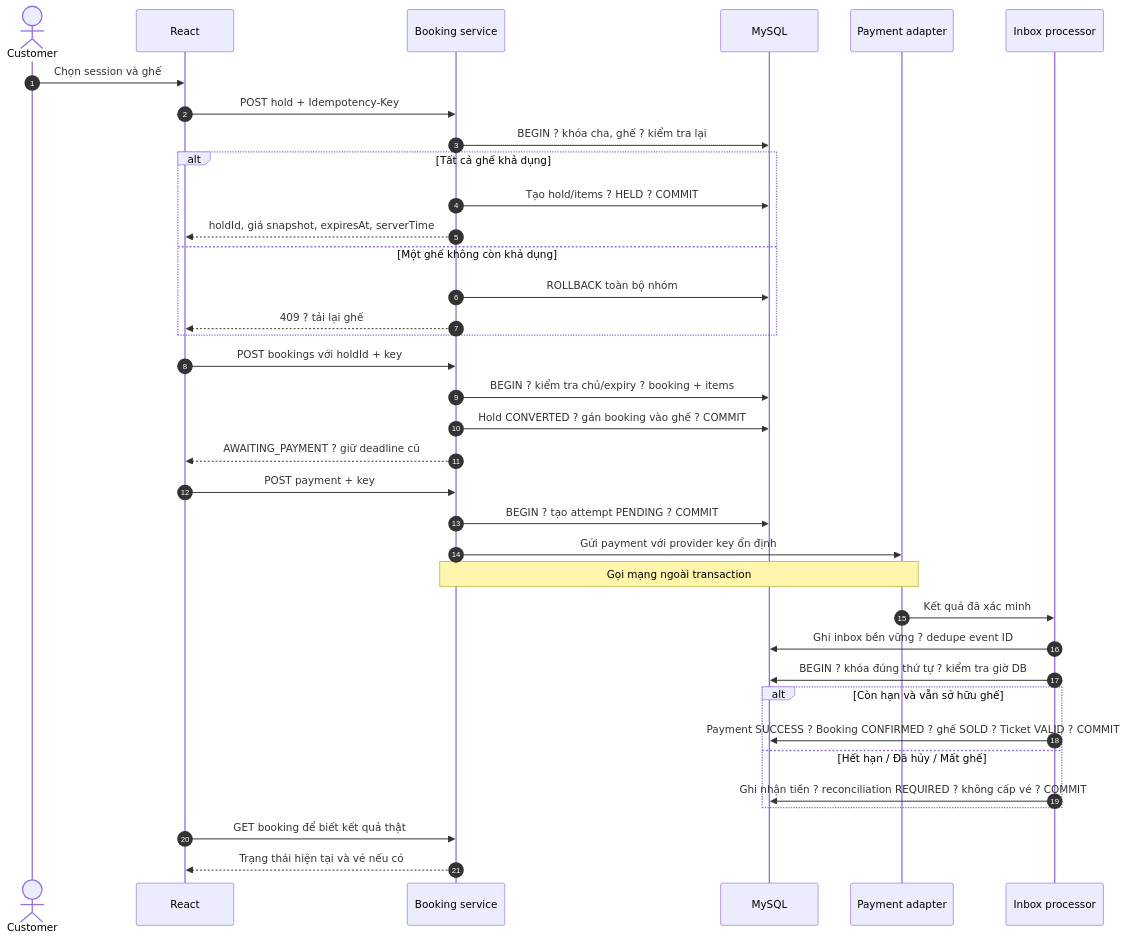
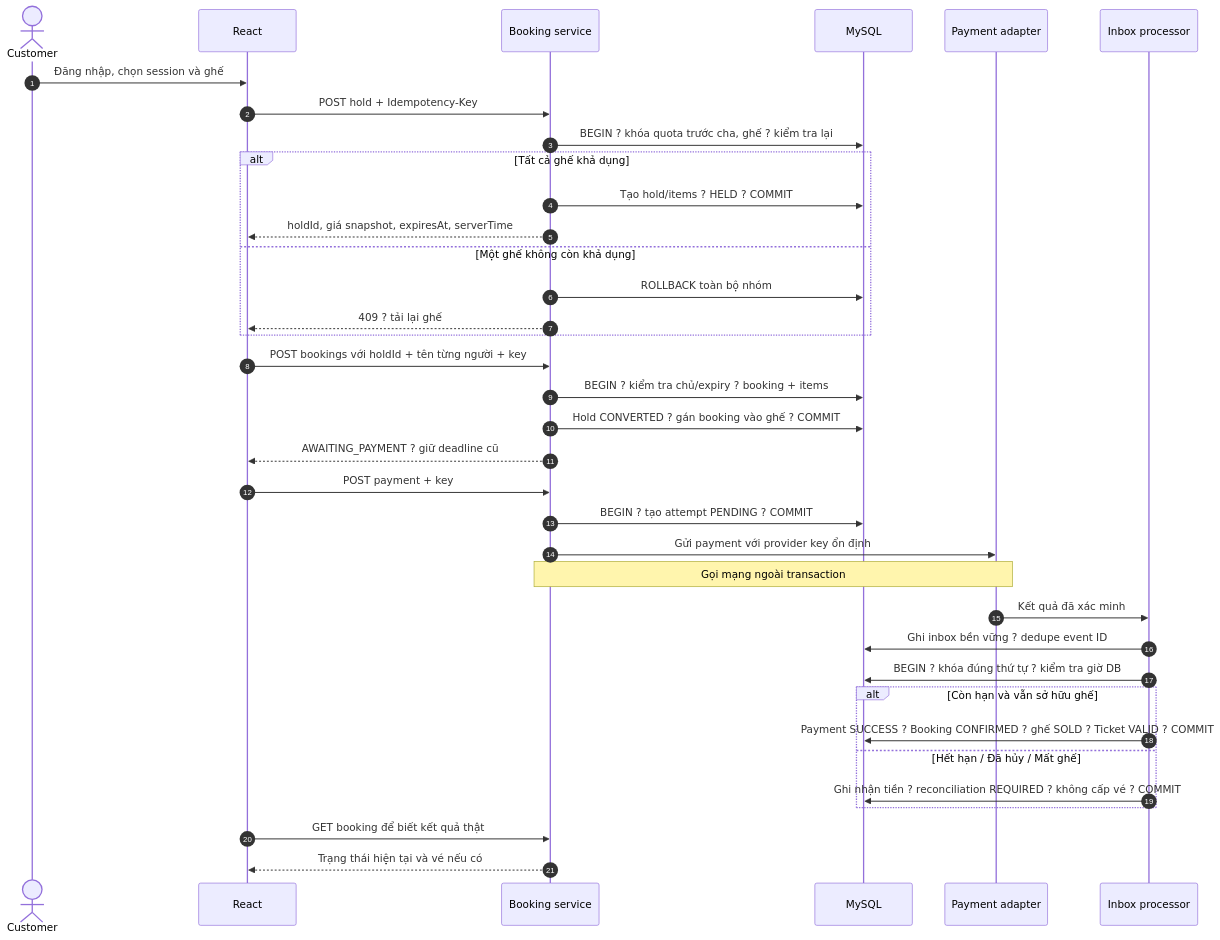
Before and after one commit to TienTrn05/Event_booking_ticket: the diagram in docs/diagrams/09-booking-sequence.mmd, drawn with Mermaid. The commit also changed 56 other files, not shown here.

```diff
--- a/docs/diagrams/09-booking-sequence.mmd
+++ b/docs/diagrams/09-booking-sequence.mmd
@@ -1,36 +1,36 @@
 sequenceDiagram
     autonumber
     actor C as Customer
     participant UI as React
     participant B as Booking service
     participant DB as MySQL
     participant P as Payment adapter
     participant W as Inbox processor
-    C->>UI: Chọn session và ghế
+    C->>UI: Đăng nhập, chọn session và ghế
     UI->>B: POST hold + Idempotency-Key
-    B->>DB: BEGIN ? khóa cha, ghế ? kiểm tra lại
+    B->>DB: BEGIN ? khóa quota trước cha, ghế ? kiểm tra lại
     alt Tất cả ghế khả dụng
       B->>DB: Tạo hold/items ? HELD ? COMMIT
       B-->>UI: holdId, giá snapshot, expiresAt, serverTime
     else Một ghế không còn khả dụng
       B->>DB: ROLLBACK toàn bộ nhóm
       B-->>UI: 409 ? tải lại ghế
     end
-    UI->>B: POST bookings với holdId + key
+    UI->>B: POST bookings với holdId + tên từng người + key
     B->>DB: BEGIN ? kiểm tra chủ/expiry ? booking + items
     B->>DB: Hold CONVERTED ? gán booking vào ghế ? COMMIT
     B-->>UI: AWAITING_PAYMENT ? giữ deadline cũ
     UI->>B: POST payment + key
     B->>DB: BEGIN ? tạo attempt PENDING ? COMMIT
     B->>P: Gửi payment với provider key ổn định
     Note over B,P: Gọi mạng ngoài transaction
     P->>W: Kết quả đã xác minh
     W->>DB: Ghi inbox bền vững ? dedupe event ID
     W->>DB: BEGIN ? khóa đúng thứ tự ? kiểm tra giờ DB
     alt Còn hạn và vẫn sở hữu ghế
       W->>DB: Payment SUCCESS ? Booking CONFIRMED ? ghế SOLD ? Ticket VALID ? COMMIT
     else Hết hạn / Đã hủy / Mất ghế
       W->>DB: Ghi nhận tiền ? reconciliation REQUIRED ? không cấp vé ? COMMIT
     end
     UI->>B: GET booking để biết kết quả thật
     B-->>UI: Trạng thái hiện tại và vé nếu có
```
